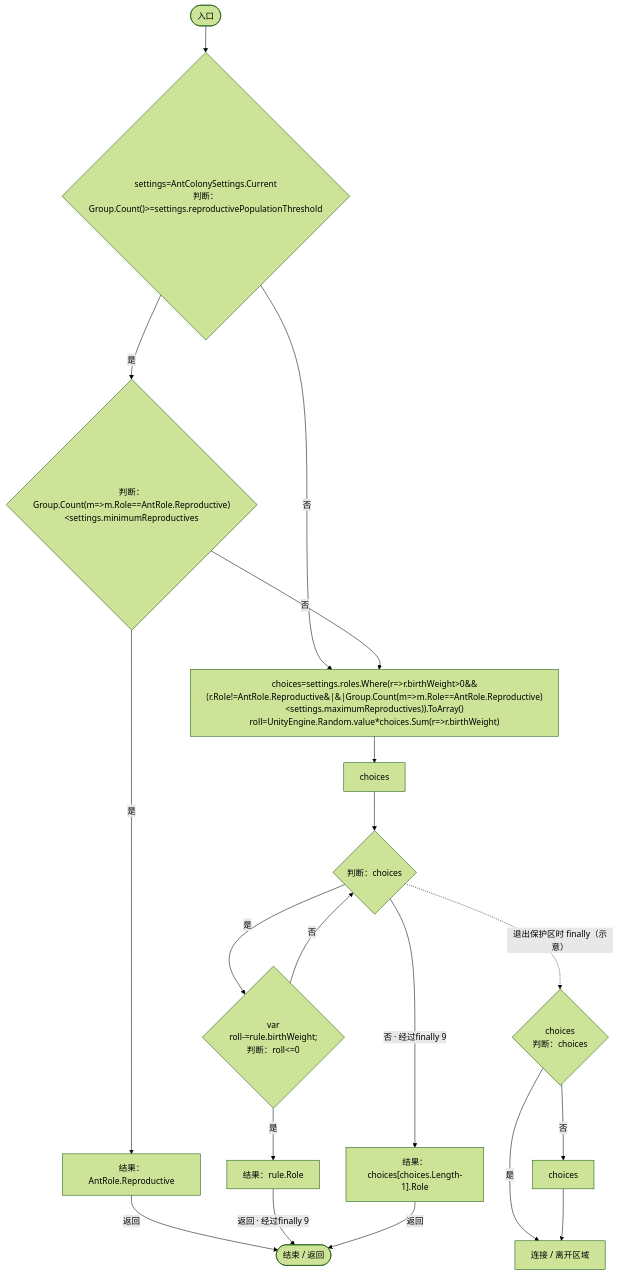
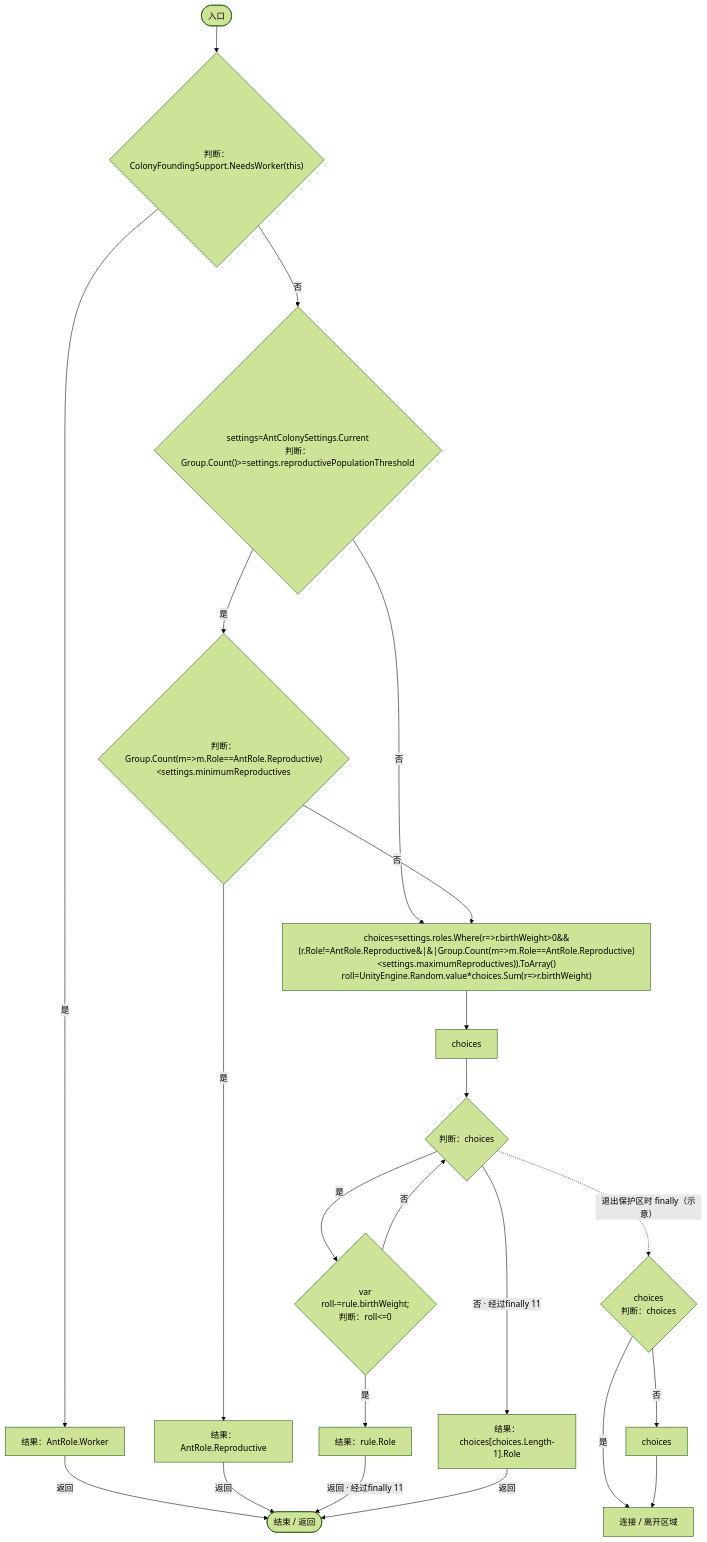
One commit to xhs6666/Darwin_paradise changed diagram 35 of 54 in Docs/运行流程图/脚本/baebd85c05598377.md. Above: the diagram before and after it, drawn with Mermaid (forest theme). The commit also changed other lines of this file and 101 other files, not shown here.

````diff
--- a/Docs/运行流程图/脚本/baebd85c05598377.md
+++ b/Docs/运行流程图/脚本/baebd85c05598377.md
@@ -869,36 +869,41 @@
 ```mermaid
 flowchart TD
   b0(["入口"])
-  b1{"settings=AntColonySettings.Current<br/>判断：Group.Count()&gt;=settings.reproductivePopulationThreshold"}
-  b2{"判断：Group.Count(m=&gt;m.Role==AntRole.Reproductive)&lt;settings.minimumReproductives"}
-  b3["结果：AntRole.Reproductive"]
-  b4["choices=settings.roles.Where(r=&gt;r.birthWeight&gt;0&amp;&amp;(r.Role!=AntRole.Reproductive&#124;&#124;Group.Count(m=&gt;m.Role==AntRole.Reproductive)&lt;settings.maximumReproductives)).ToArray()<br/>roll=UnityEngine.Random.value*choices.Sum(r=&gt;r.birthWeight)"]
-  b5["choices"]
-  b6{"判断：choices"}
-  b7{"var<br/>roll-=rule.birthWeight;<br/>判断：roll&lt;=0"}
-  b8["结果：rule.Role"]
-  b9{"choices<br/>判断：choices"}
-  b10["choices"]
-  b11["连接 / 离开区域"]
-  b12["结果：choices[choices.Length-1].Role"]
-  b13(["结束 / 返回"])
+  b1{"判断：ColonyFoundingSupport.NeedsWorker(this)"}
+  b2["结果：AntRole.Worker"]
+  b3{"settings=AntColonySettings.Current<br/>判断：Group.Count()&gt;=settings.reproductivePopulationThreshold"}
+  b4{"判断：Group.Count(m=&gt;m.Role==AntRole.Reproductive)&lt;settings.minimumReproductives"}
+  b5["结果：AntRole.Reproductive"]
+  b6["choices=settings.roles.Where(r=&gt;r.birthWeight&gt;0&amp;&amp;(r.Role!=AntRole.Reproductive&#124;&#124;Group.Count(m=&gt;m.Role==AntRole.Reproductive)&lt;settings.maximumReproductives)).ToArray()<br/>roll=UnityEngine.Random.value*choices.Sum(r=&gt;r.birthWeight)"]
+  b7["choices"]
+  b8{"判断：choices"}
+  b9{"var<br/>roll-=rule.birthWeight;<br/>判断：roll&lt;=0"}
+  b10["结果：rule.Role"]
+  b11{"choices<br/>判断：choices"}
+  b12["choices"]
+  b13["连接 / 离开区域"]
+  b14["结果：choices[choices.Length-1].Role"]
+  b15(["结束 / 返回"])
   b0 --> b1
   b1 -->|"是"| b2
-  b1 -->|"否"| b4
-  b2 -->|"是"| b3
-  b2 -->|"否"| b4
-  b3 -->|"返回"| b13
-  b4 --> b5
-  b5 --> b6
-  b6 -->|"是"| b7
-  b6 -->|"否 · 经过finally 9"| b12
-  b7 -->|"是"| b8
-  b7 -->|"否"| b6
-  b8 -->|"返回 · 经过finally 9"| b13
-  b9 -->|"否"| b10
-  b9 -->|"是"| b11
-  b10 --> b11
-  b12 -->|"返回"| b13
-  b6 -. "退出保护区时 finally（示意）" .-> b9
+  b1 -->|"否"| b3
+  b2 -->|"返回"| b15
+  b3 -->|"是"| b4
+  b3 -->|"否"| b6
+  b4 -->|"是"| b5
+  b4 -->|"否"| b6
+  b5 -->|"返回"| b15
+  b6 --> b7
+  b7 --> b8
+  b8 -->|"是"| b9
+  b8 -->|"否 · 经过finally 11"| b14
+  b9 -->|"是"| b10
+  b9 -->|"否"| b8
+  b10 -->|"返回 · 经过finally 11"| b15
+  b11 -->|"否"| b12
+  b11 -->|"是"| b13
+  b12 --> b13
+  b14 -->|"返回"| b15
+  b8 -. "退出保护区时 finally（示意）" .-> b11
 
 ```
````
